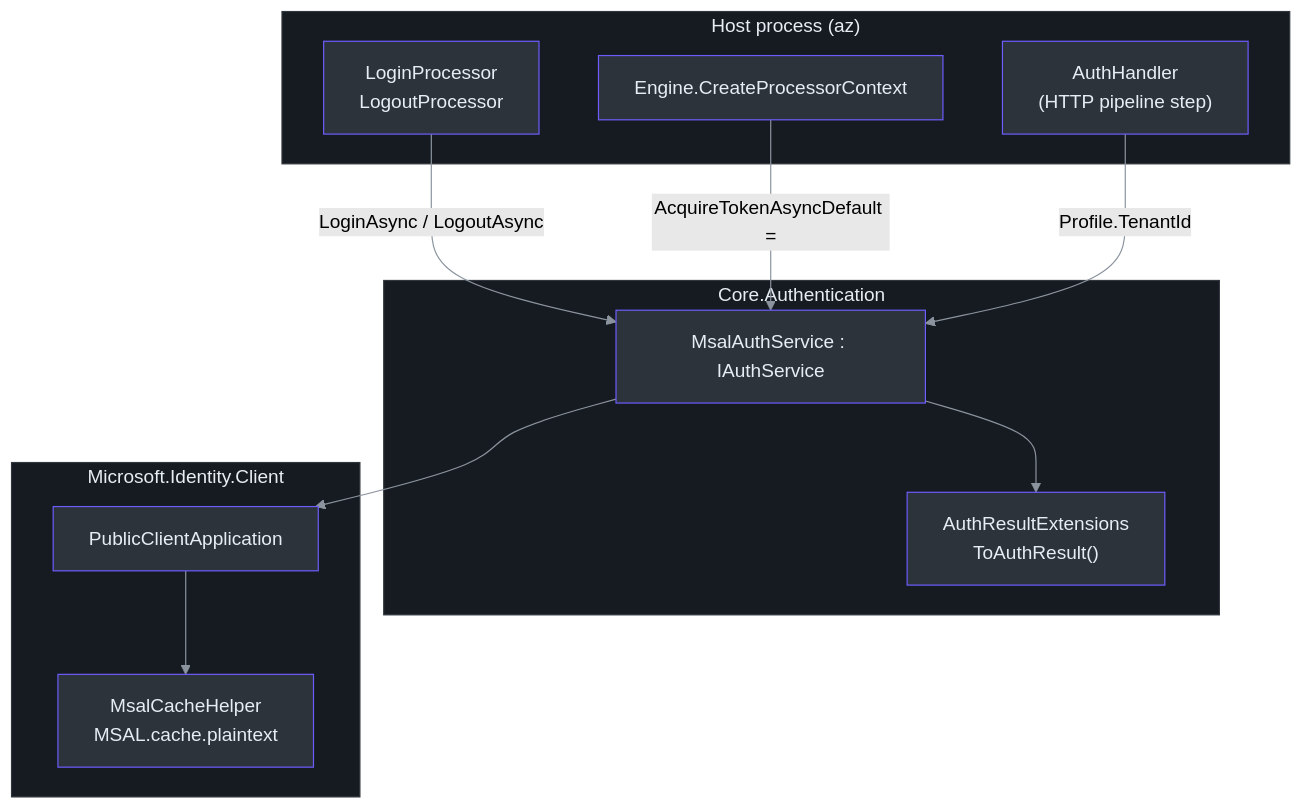
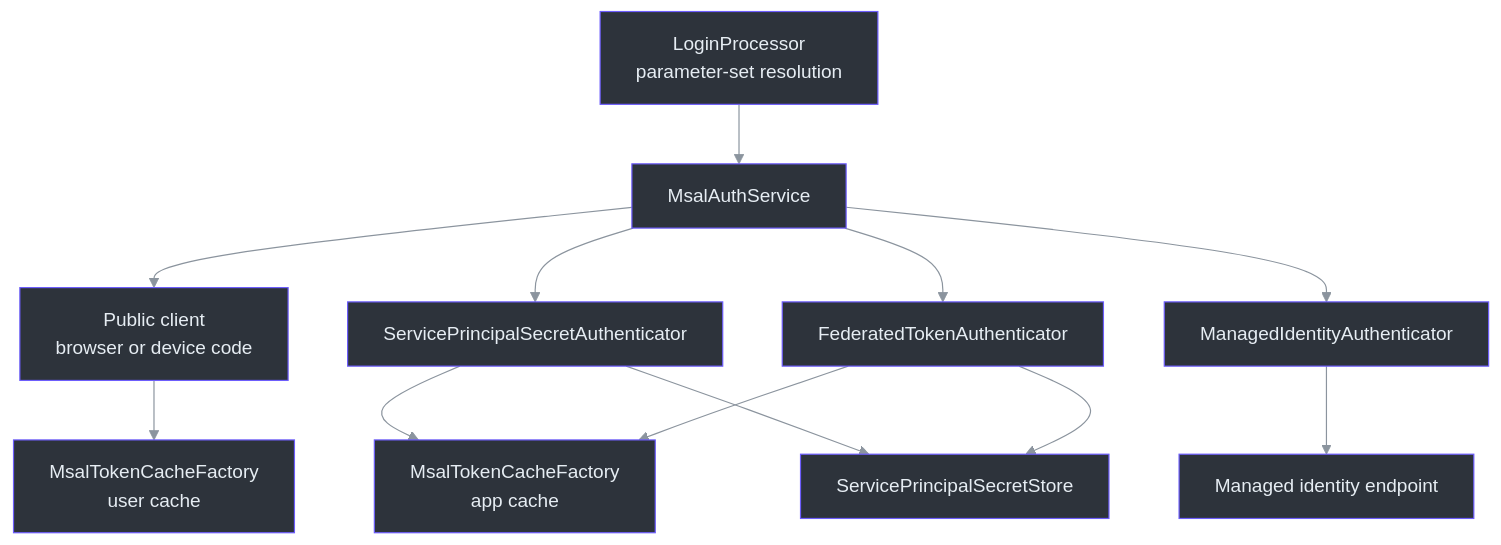
Before and after one commit to Azure/azclips: the first of 2 diagrams in wiki/02-deep-dive/authentication.md, drawn with Mermaid (forest theme). The commit also changed other lines of this file and 19 other files, not shown here.

````diff
--- a/wiki/02-deep-dive/authentication.md
+++ b/wiki/02-deep-dive/authentication.md
@@ -34,35 +25,25 @@
 ```mermaid
-graph TD
-    subgraph host["Host process (az)"]
-        LP["LoginProcessor<br>LogoutProcessor"]
-        ENG["Engine.CreateProcessorContext"]
-        AH["AuthHandler<br>(HTTP pipeline step)"]
-    end
-    subgraph auth["Core.Authentication"]
-        SVC["MsalAuthService : IAuthService"]
-        EXT["AuthResultExtensions<br>ToAuthResult()"]
-    end
-    subgraph msal["Microsoft.Identity.Client"]
-        PCA["PublicClientApplication"]
-        CACHE["MsalCacheHelper<br>MSAL.cache.plaintext"]
-    end
-
-    LP -->|"LoginAsync / LogoutAsync"| SVC
-    ENG -->|"AcquireTokenAsyncDefault ="| SVC
-    AH -->|"Profile.TenantId"| SVC
-    SVC --> PCA
-    SVC --> EXT
-    PCA --> CACHE
-
-    style host fill:#161b22,stroke:#30363d,color:#e6edf3
-    style auth fill:#161b22,stroke:#30363d,color:#e6edf3
-    style msal fill:#161b22,stroke:#30363d,color:#e6edf3
-    style LP fill:#2d333b,stroke:#6d5dfc,color:#e6edf3
-    style ENG fill:#2d333b,stroke:#6d5dfc,color:#e6edf3
-    style AH fill:#2d333b,stroke:#6d5dfc,color:#e6edf3
-    style SVC fill:#2d333b,stroke:#6d5dfc,color:#e6edf3
-    style EXT fill:#2d333b,stroke:#6d5dfc,color:#e6edf3
-    style PCA fill:#2d333b,stroke:#6d5dfc,color:#e6edf3
-    style CACHE fill:#2d333b,stroke:#6d5dfc,color:#e6edf3
+flowchart TD
+    Login["LoginProcessor<br>parameter-set resolution"] --> Auth["MsalAuthService"]
+    Auth --> User["Public client<br>browser or device code"]
+    Auth --> Secret["ServicePrincipalSecretAuthenticator"]
+    Auth --> Federated["FederatedTokenAuthenticator"]
+    Auth --> MI["ManagedIdentityAuthenticator"]
+    User --> Cache["MsalTokenCacheFactory<br>user cache"]
+    Secret --> App["MsalTokenCacheFactory<br>app cache"]
+    Federated --> App
+    Secret --> Store["ServicePrincipalSecretStore"]
+    Federated --> Store
+    MI --> Platform["Managed identity endpoint"]
+    style Login fill:#2d333b,stroke:#6d5dfc,color:#e6edf3
+    style Auth fill:#2d333b,stroke:#6d5dfc,color:#e6edf3
+    style User fill:#2d333b,stroke:#6d5dfc,color:#e6edf3
+    style Secret fill:#2d333b,stroke:#6d5dfc,color:#e6edf3
+    style Federated fill:#2d333b,stroke:#6d5dfc,color:#e6edf3
+    style MI fill:#2d333b,stroke:#6d5dfc,color:#e6edf3
+    style Cache fill:#2d333b,stroke:#6d5dfc,color:#e6edf3
+    style App fill:#2d333b,stroke:#6d5dfc,color:#e6edf3
+    style Store fill:#2d333b,stroke:#6d5dfc,color:#e6edf3
+    style Platform fill:#2d333b,stroke:#6d5dfc,color:#e6edf3
     linkStyle default stroke:#8b949e
 ```
````
